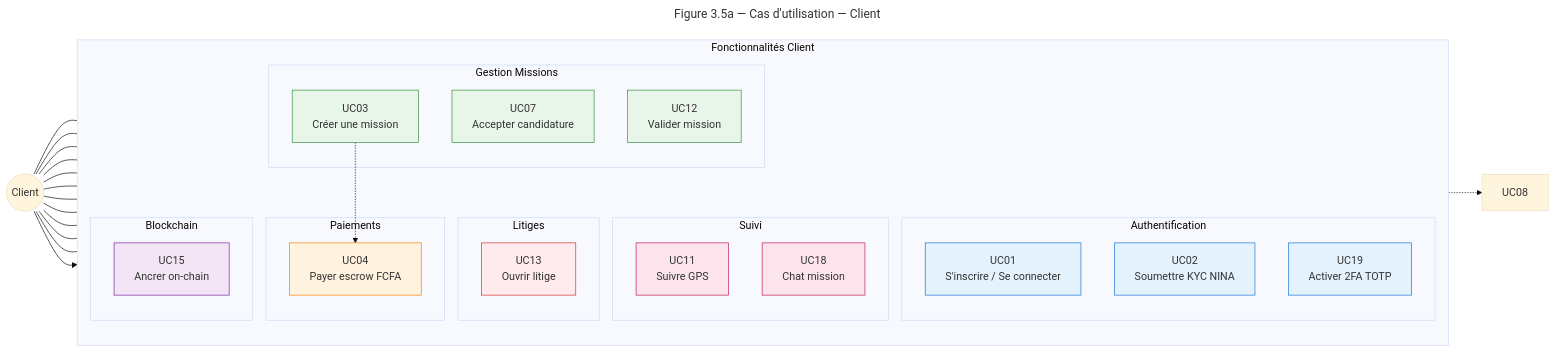
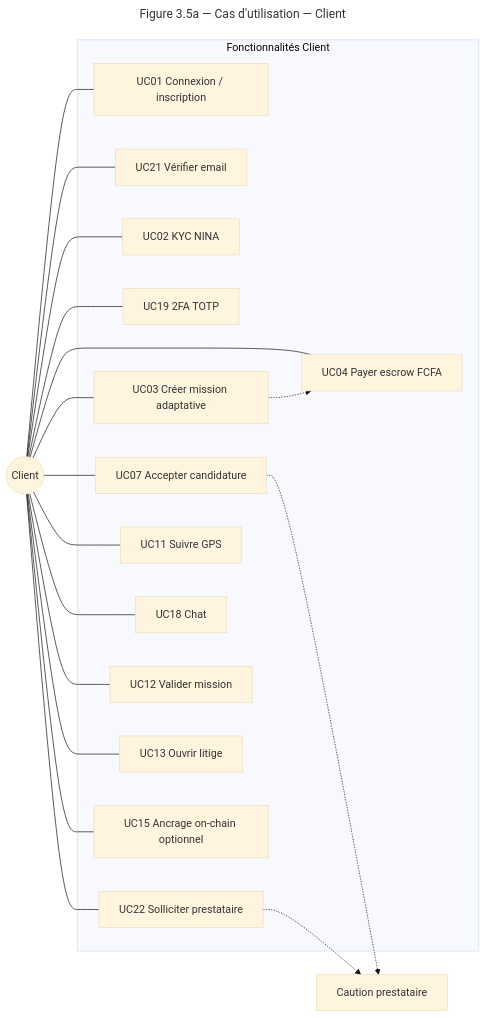
Before and after one commit to assourita/BloctaskMali: the diagram in rapport memoire/mermaid/04-cas-utilisation-client.mmd, drawn with Mermaid (base theme). The commit also changed 16 other files, not shown here.

First line of the commit message:
docs: refresh UML/C4/sequence diagrams; fix provider mission status types

```diff
--- a/rapport memoire/mermaid/04-cas-utilisation-client.mmd
+++ b/rapport memoire/mermaid/04-cas-utilisation-client.mmd
@@ -1,60 +1,26 @@
 ---
 title: Figure 3.5a — Cas d'utilisation — Client
 ---
 flowchart LR
-    C((Client)) --> BlockTask["Système BlockTask"]
-    
+    C((Client))
+
     subgraph BlockTask["Fonctionnalités Client"]
-        direction TB
-        
-        subgraph Auth["Authentification"]
-            UC01["UC01<br/>S'inscrire / Se connecter"]
-            UC02["UC02<br/>Soumettre KYC NINA"]
-            UC19["UC19<br/>Activer 2FA TOTP"]
-        end
-        
-        subgraph Mission["Gestion Missions"]
-            UC03["UC03<br/>Créer une mission"]
-            UC07["UC07<br/>Accepter candidature"]
-            UC12["UC12<br/>Valider mission"]
-        end
-        
-        subgraph Payment["Paiements"]
-            UC04["UC04<br/>Payer escrow FCFA"]
-        end
-        
-        subgraph Execution["Suivi"]
-            UC11["UC11<br/>Suivre GPS"]
-            UC18["UC18<br/>Chat mission"]
-        end
-        
-        subgraph Litiges["Litiges"]
-            UC13["UC13<br/>Ouvrir litige"]
-        end
-        
-        subgraph Blockchain["Blockchain"]
-            UC15["UC15<br/>Ancrer on-chain"]
-        end
+        UC01["UC01 Connexion / inscription"]
+        UC21["UC21 Vérifier email"]
+        UC02["UC02 KYC NINA"]
+        UC19["UC19 2FA TOTP"]
+        UC03["UC03 Créer mission adaptative"]
+        UC04["UC04 Payer escrow FCFA"]
+        UC22["UC22 Solliciter prestataire"]
+        UC07["UC07 Accepter candidature"]
+        UC11["UC11 Suivre GPS"]
+        UC18["UC18 Chat"]
+        UC12["UC12 Valider mission"]
+        UC13["UC13 Ouvrir litige"]
+        UC15["UC15 Ancrage on-chain optionnel"]
     end
-    
-    %% Liens
-    C --- UC01 & UC02 & UC03 & UC04 & UC07 & UC11 & UC12 & UC13 & UC15 & UC18 & UC19
-    
-    %% Dépendances
+
+    C --- UC01 & UC21 & UC02 & UC19 & UC03 & UC04 & UC22 & UC07 & UC11 & UC18 & UC12 & UC13 & UC15
     UC03 -.-> UC04
-    UC07 -.-> UC08
-    
-    %% Styles
-    classDef authBox fill:#e3f2fd,stroke:#1976d2
-    classDef missionBox fill:#e8f5e9,stroke:#388e3c
-    classDef paymentBox fill:#fff3e0,stroke:#f57c00
-    classDef executionBox fill:#fce4ec,stroke:#c2185b
-    classDef disputeBox fill:#ffebee,stroke:#d32f2f
-    classDef blockchainBox fill:#f3e5f5,stroke:#7b1fa2
-    
-    class UC01,UC02,UC19 authBox
-    class UC03,UC07,UC12 missionBox
-    class UC04 paymentBox
-    class UC11,UC18 executionBox
-    class UC13 disputeBox
-    class UC15 blockchainBox
+    UC07 -.-> UC08["Caution prestataire"]
+    UC22 -.-> UC08
```
